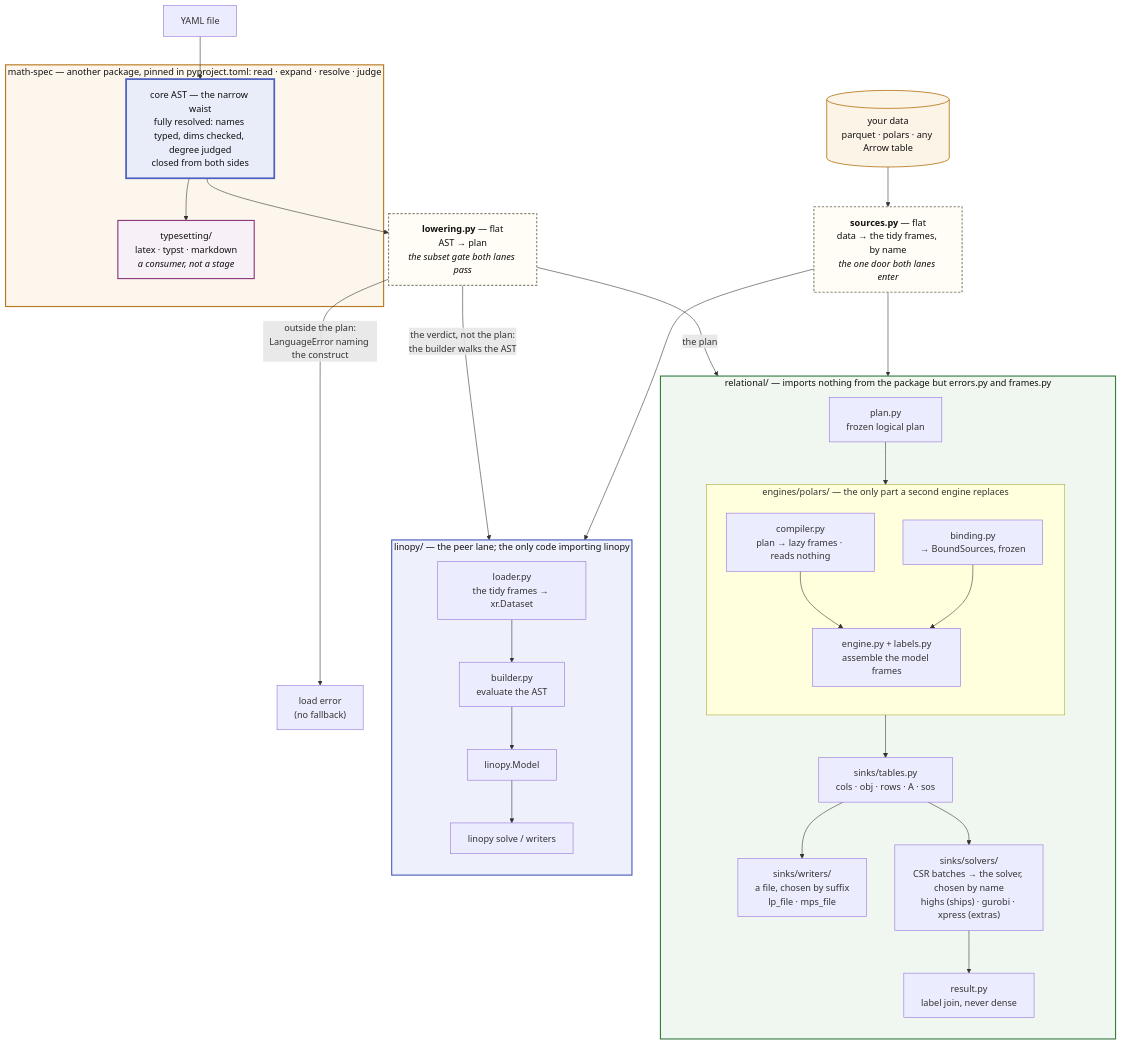
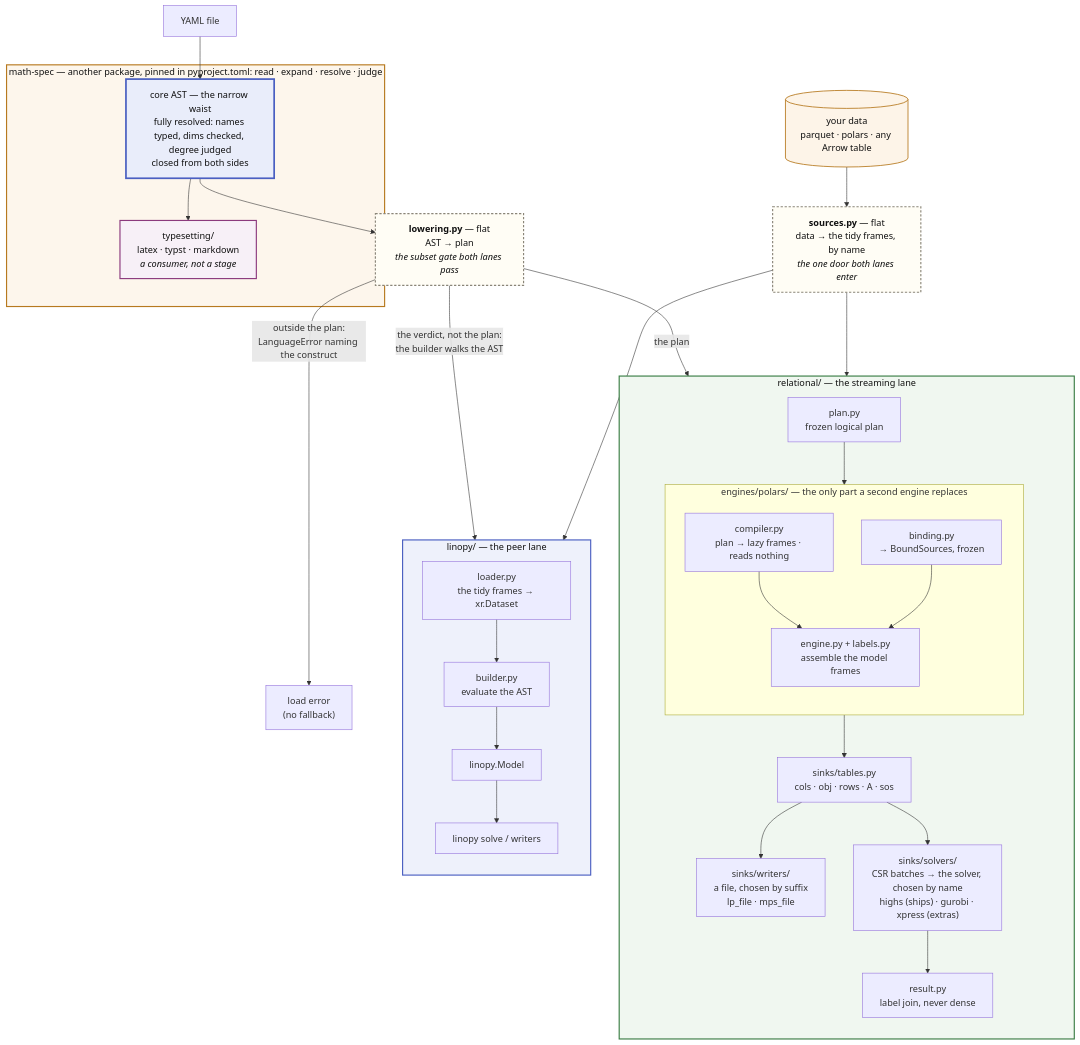
Before and after one commit to FBumann/linopy-yaml: the first of 2 diagrams in docs/about/architecture.md, drawn with Mermaid. The commit also changed other lines of this file, not shown here.

Commit message:
docs(architecture): a lane box says what the lane is, not which imports it may make

````diff
--- a/docs/about/architecture.md
+++ b/docs/about/architecture.md
@@ -72,58 +73,58 @@
 ```mermaid
 flowchart TB
     Y[YAML file] --> AST
     DATA[("your data<br/>parquet · polars · any Arrow table")] --> SRC
 
     subgraph MS["math-spec — another package, pinned in pyproject.toml: read · expand · resolve · judge"]
         AST["core AST — the narrow waist<br/>fully resolved: names typed, dims checked, degree judged<br/>closed from both sides"]
         AST --> TS["typesetting/<br/>latex · typst · markdown<br/><i>a consumer, not a stage</i>"]
     end
 
     AST --> LOWER
     %% layout only: puts the two seams on one rank
     AST ~~~ SRC
 
     LOWER["<b>lowering.py</b> — flat<br/>AST → plan<br/><i>the subset gate both lanes pass</i>"]
     SRC["<b>sources.py</b> — flat<br/>data → the tidy frames, by name<br/><i>the one door both lanes enter</i>"]
 
     LOWER -->|"outside the plan:<br/>LanguageError naming the construct"| ERR["load error<br/>(no fallback)"]
     LOWER -->|"the plan"| PLAN
     SRC --> BIND
     LOWER -->|"the verdict, not the plan:<br/>the builder walks the AST"| BUILD
     SRC --> LOAD
 
-    subgraph REL["relational/ — imports nothing from the package but errors.py and frames.py"]
+    subgraph REL["relational/ — the streaming lane"]
         direction TB
         PLAN["plan.py<br/>frozen logical plan"] --> ENG
         subgraph ENG["engines/polars/ — the only part a second engine replaces"]
             direction TB
             COMP["compiler.py<br/>plan → lazy frames · reads nothing"] --> ENGINE
             BIND["binding.py<br/>→ BoundSources, frozen"] --> ENGINE["engine.py + labels.py<br/>assemble the model frames"]
         end
         ENG --> TABLES["sinks/tables.py<br/>cols · obj · rows · A · sos"]
         TABLES --> LPS["sinks/writers/<br/>a file, chosen by suffix<br/>lp_file · mps_file"]
         TABLES --> DIRECT["sinks/solvers/<br/>CSR batches → the solver, chosen by name<br/>highs (ships) · gurobi · xpress (extras)"]
         DIRECT --> SOL["result.py<br/>label join, never dense"]
     end
 
-    subgraph LIN["linopy/ — the peer lane; the only code importing linopy"]
+    subgraph LIN["linopy/ — the peer lane"]
         direction TB
         LOAD["loader.py<br/>the tidy frames → xr.Dataset"] --> BUILD["builder.py<br/>evaluate the AST"]
         BUILD --> MODEL[linopy.Model] --> SOLVE["linopy solve / writers"]
     end
 
     classDef laneL fill:#fdf6ec,stroke:#b7791f,stroke-width:2px,color:#111
     classDef laneR fill:#f0f7f0,stroke:#3a7d44,stroke-width:2px,color:#111
     classDef laneE fill:#eef1fb,stroke:#4a5fc1,stroke-width:2px,color:#111
     classDef laneT fill:#f7f0f7,stroke:#8b3a7d,stroke-width:2px,color:#111
     classDef waist fill:#e9edfa,stroke:#4a5fc1,stroke-width:3px,color:#111
     classDef flat fill:#fffdf5,stroke:#8a8578,stroke-width:2px,stroke-dasharray:4 3,color:#111
     classDef data fill:#fdf4e8,stroke:#b7791f,stroke-width:1.5px,color:#111
     class MS laneL
     class REL laneR
     class LIN laneE
     class TS laneT
     class AST waist
     class LOWER,SRC flat
     class DATA data
 ```
````
